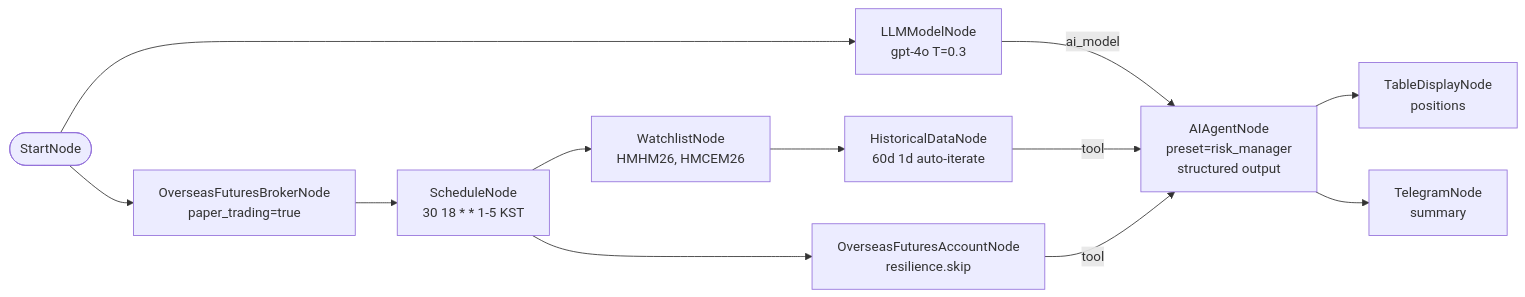
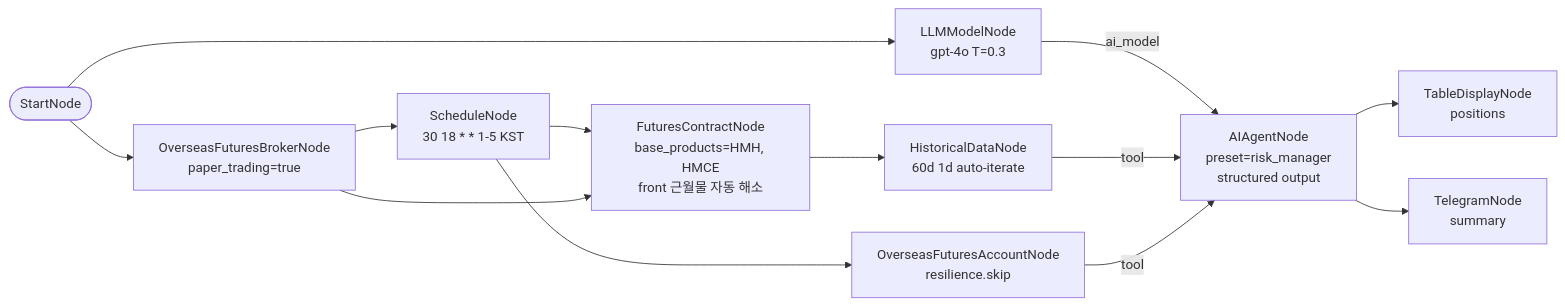
The diagram in src/programgarden/examples/workflows/83-hkex-ai-risk-report.md (programgarden/programgarden), drawn with Mermaid before and after one commit. The commit also changed other lines of this file and 43 other files, not shown here.

First line of the commit message:
feat(futures): 월물 하드코딩 근본 제거 — FuturesContractNode 신설 + 예제 16건 전환

````diff
--- a/src/programgarden/examples/workflows/83-hkex-ai-risk-report.md
+++ b/src/programgarden/examples/workflows/83-hkex-ai-risk-report.md
@@ -40,18 +41,19 @@
 ```mermaid
 flowchart LR
     start([StartNode]) --> broker[OverseasFuturesBrokerNode<br/>paper_trading=true]
     start --> llm[LLMModelNode<br/>gpt-4o T=0.3]
 
     broker --> schedule[ScheduleNode<br/>30 18 * * 1-5 KST]
-    schedule --> watchlist[WatchlistNode<br/>HMHM26, HMCEM26]
-    watchlist --> historical[HistoricalDataNode<br/>60d 1d auto-iterate]
+    schedule --> contract[FuturesContractNode<br/>base_products=HMH, HMCE<br/>front 근월물 자동 해소]
+    broker --> contract
+    contract --> historical[HistoricalDataNode<br/>60d 1d auto-iterate]
 
     schedule --> account[OverseasFuturesAccountNode<br/>resilience.skip]
 
     llm -- ai_model --> agent[AIAgentNode<br/>preset=risk_manager<br/>structured output]
     historical -- tool --> agent
     account -- tool --> agent
 
     agent --> table[TableDisplayNode<br/>positions]
     agent --> telegram[TelegramNode<br/>summary]
 ```
````
